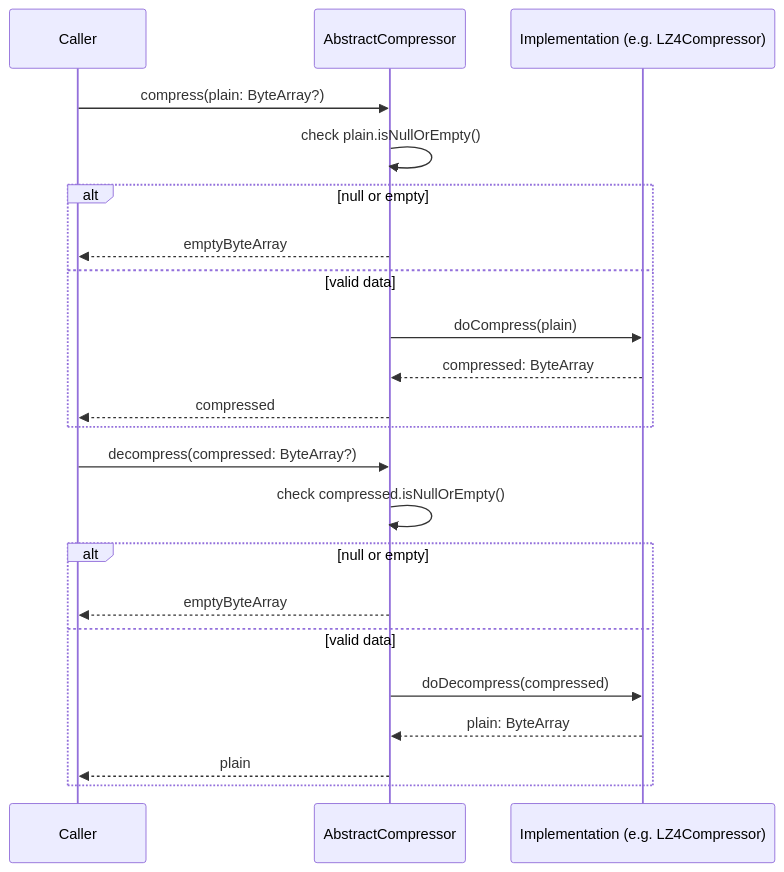
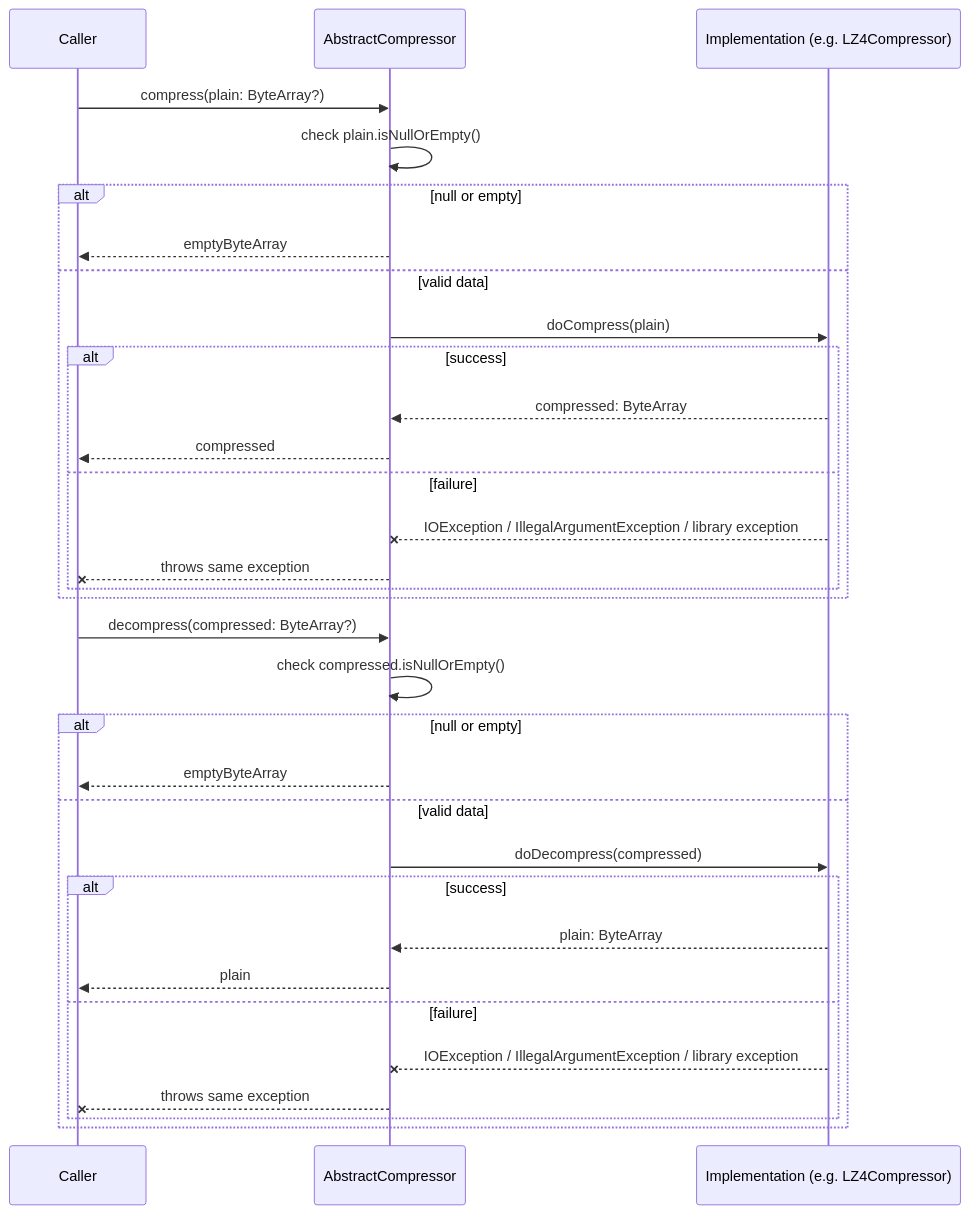
The third of 7 diagrams in io/io/README.md (bluetape4k/bluetape4k-projects), drawn with Mermaid before and after one commit. The commit also changed other lines of this file and 27 other files, not shown here.

````diff
--- a/io/io/README.md
+++ b/io/io/README.md
@@ -133,26 +133,36 @@
 ```mermaid
 sequenceDiagram
         participant C as Caller
         participant AC as AbstractCompressor
         participant Impl as Implementation (e.g. LZ4Compressor)
 
     C->>AC: compress(plain: ByteArray?)
     AC->>AC: check plain.isNullOrEmpty()
     alt null or empty
         AC-->>C: emptyByteArray
     else valid data
         AC->>Impl: doCompress(plain)
-        Impl-->>AC: compressed: ByteArray
-        AC-->>C: compressed
+        alt success
+            Impl-->>AC: compressed: ByteArray
+            AC-->>C: compressed
+        else failure
+            Impl--xAC: IOException / IllegalArgumentException / library exception
+            AC--xC: throws same exception
+        end
     end
 
     C->>AC: decompress(compressed: ByteArray?)
     AC->>AC: check compressed.isNullOrEmpty()
     alt null or empty
         AC-->>C: emptyByteArray
     else valid data
         AC->>Impl: doDecompress(compressed)
-        Impl-->>AC: plain: ByteArray
-        AC-->>C: plain
+        alt success
+            Impl-->>AC: plain: ByteArray
+            AC-->>C: plain
+        else failure
+            Impl--xAC: IOException / IllegalArgumentException / library exception
+            AC--xC: throws same exception
+        end
     end
 ```
````
